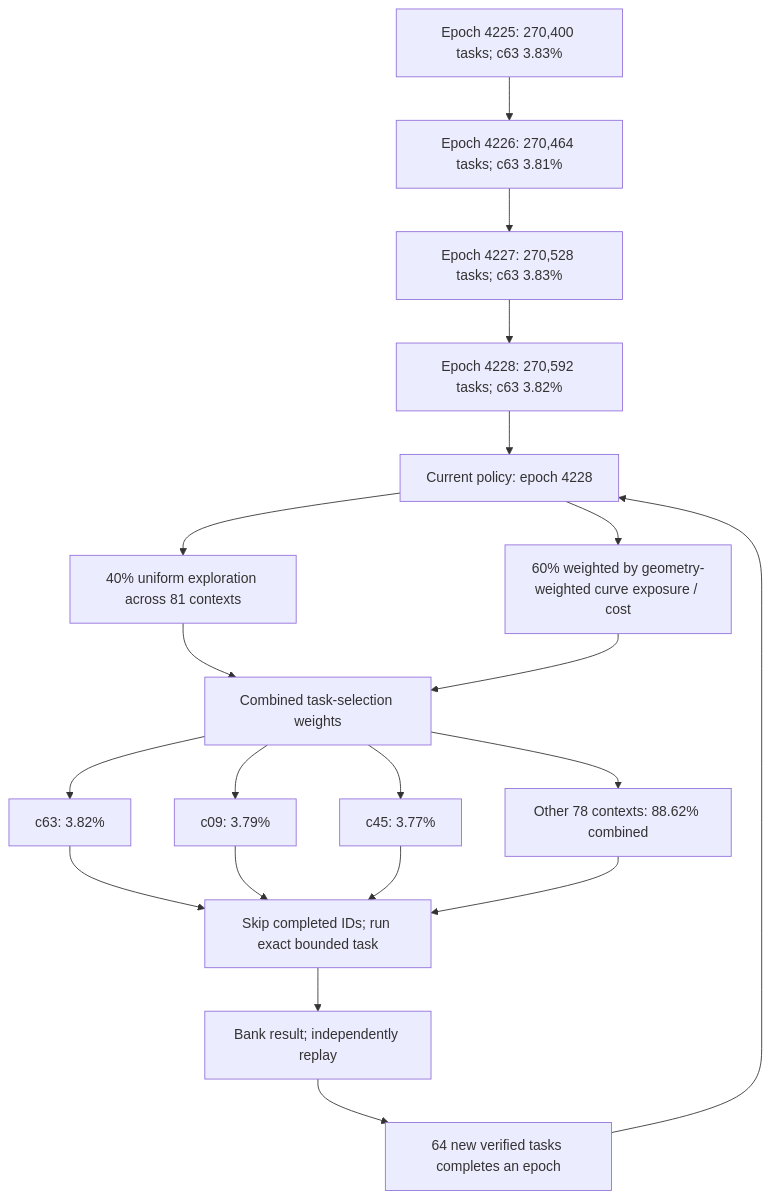
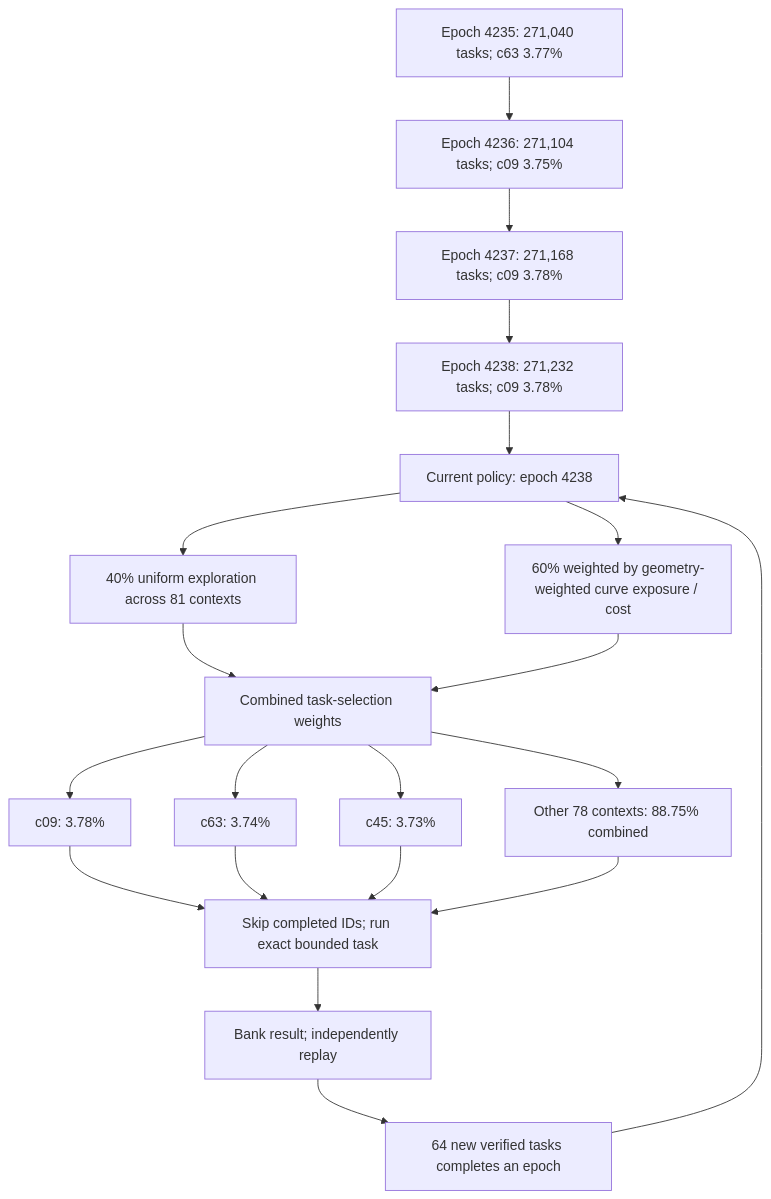
Before and after one commit to Kuberwastaken/math-gambling: the first of 3 diagrams in README.md, drawn with Mermaid. The commit also changed other lines of this file and 2263 other files, not shown here.

````diff
--- a/README.md
+++ b/README.md
@@ -60,27 +60,27 @@
 ```mermaid
 flowchart TD
-    H0["Epoch 4225: 270,400 tasks; c63 3.83%"]
-    H1["Epoch 4226: 270,464 tasks; c63 3.81%"]
+    H0["Epoch 4235: 271,040 tasks; c63 3.77%"]
+    H1["Epoch 4236: 271,104 tasks; c09 3.75%"]
     H0 --> H1
-    H2["Epoch 4227: 270,528 tasks; c63 3.83%"]
+    H2["Epoch 4237: 271,168 tasks; c09 3.78%"]
     H1 --> H2
-    H3["Epoch 4228: 270,592 tasks; c63 3.82%"]
+    H3["Epoch 4238: 271,232 tasks; c09 3.78%"]
     H2 --> H3
-    Policy["Current policy: epoch 4228"]
+    Policy["Current policy: epoch 4238"]
     H3 --> Policy
     Policy --> Explore["40% uniform exploration across 81 contexts"]
     Policy --> Cost["60% weighted by geometry-weighted curve exposure / cost"]
     Explore --> Mix["Combined task-selection weights"]
     Cost --> Mix
-    Mix --> C0["c63: 3.82%"]
-    Mix --> C1["c09: 3.79%"]
-    Mix --> C2["c45: 3.77%"]
-    Mix --> Rest["Other 78 contexts: 88.62% combined"]
+    Mix --> C0["c09: 3.78%"]
+    Mix --> C1["c63: 3.74%"]
+    Mix --> C2["c45: 3.73%"]
+    Mix --> Rest["Other 78 contexts: 88.75% combined"]
     C0 --> Check["Skip completed IDs; run exact bounded task"]
     C1 --> Check
     C2 --> Check
     Rest --> Check
     Check --> Replay["Bank result; independently replay"]
     Replay --> Gate["64 new verified tasks completes an epoch"]
     Gate --> Policy
 ```
````
